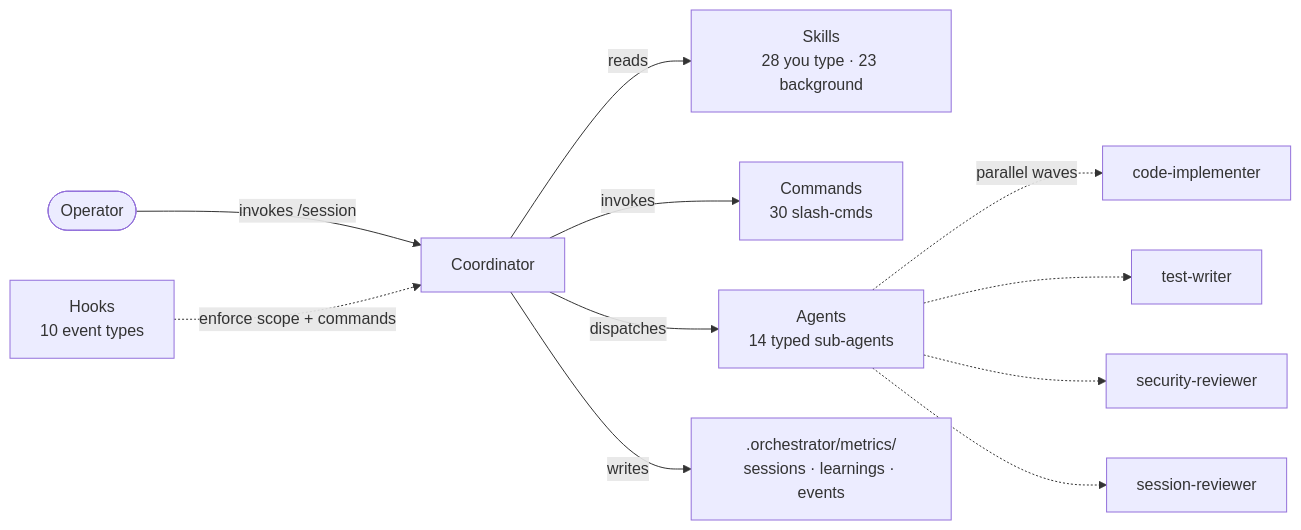
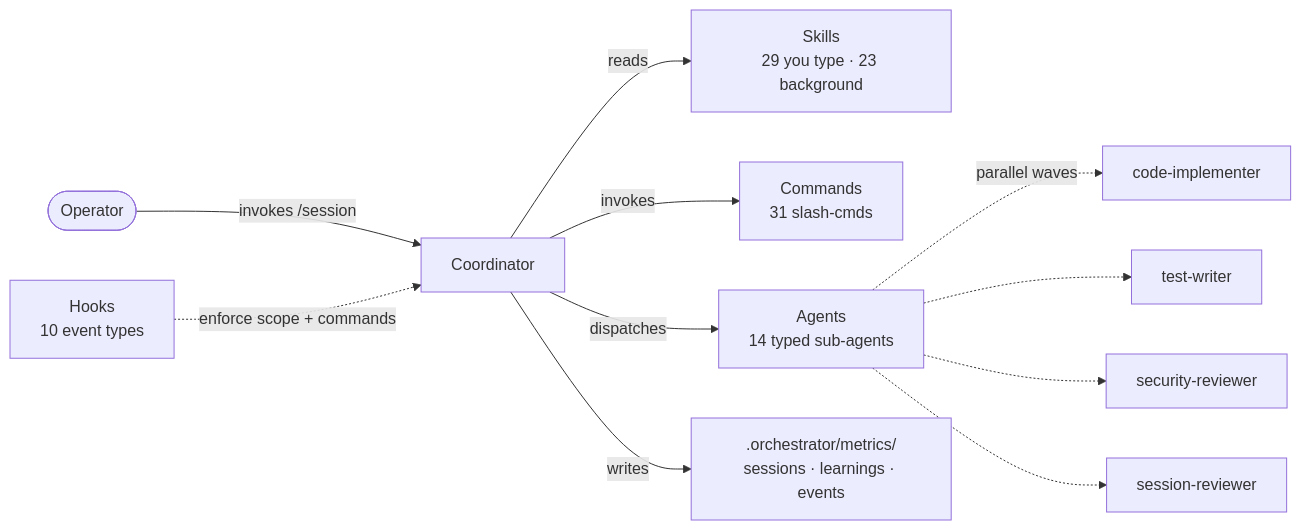
One commit to Kanevry/session-orchestrator changed the diagram in docs/components.md. Above: the diagram before and after it, drawn with Mermaid. The commit also changed other lines of this file and 74 other files, not shown here.

````diff
--- a/docs/components.md
+++ b/docs/components.md
@@ -7,13 +7,13 @@
 ```mermaid
 flowchart LR
     USER([Operator]) -->|invokes /session| COORD[Coordinator]
-    COORD -->|reads| SK["Skills<br/>28 you type · 23 background"]
-    COORD -->|invokes| CMD[Commands<br/>30 slash-cmds]
+    COORD -->|reads| SK["Skills<br/>29 you type · 23 background"]
+    COORD -->|invokes| CMD[Commands<br/>31 slash-cmds]
     COORD -->|dispatches| AG[Agents<br/>14 typed sub-agents]
     AG -.->|parallel waves| W1[code-implementer]
     AG -.-> W2[test-writer]
     AG -.-> W3[security-reviewer]
     AG -.-> W4[session-reviewer]
     HOOK[Hooks<br/>10 event types] -.->|enforce scope + commands| COORD
     COORD -->|writes| METRIC[.orchestrator/metrics/<br/>sessions · learnings · events]
 ```
````
